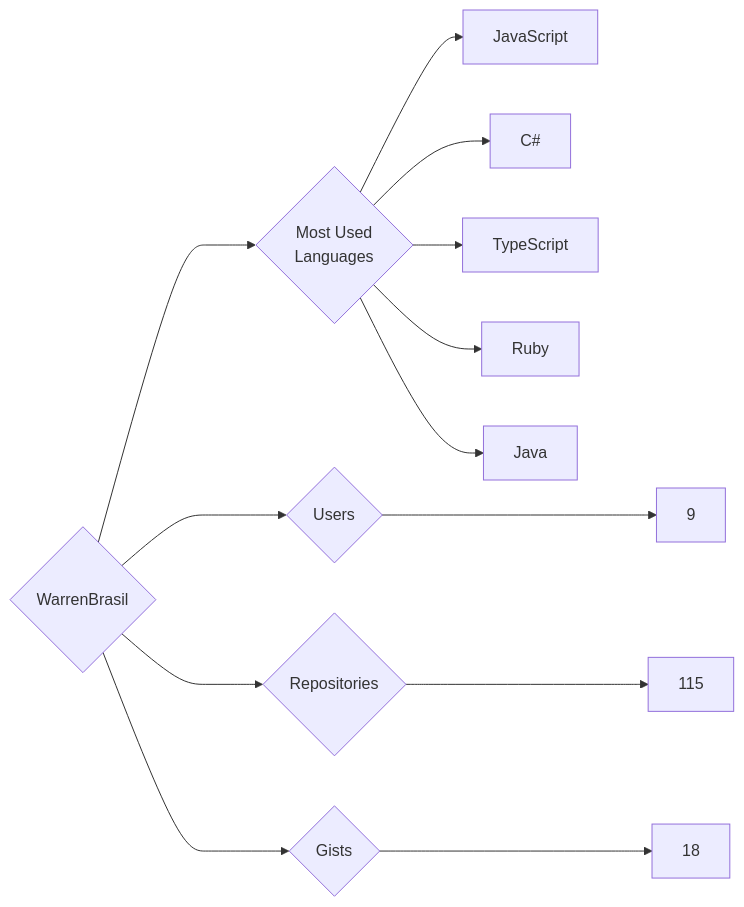
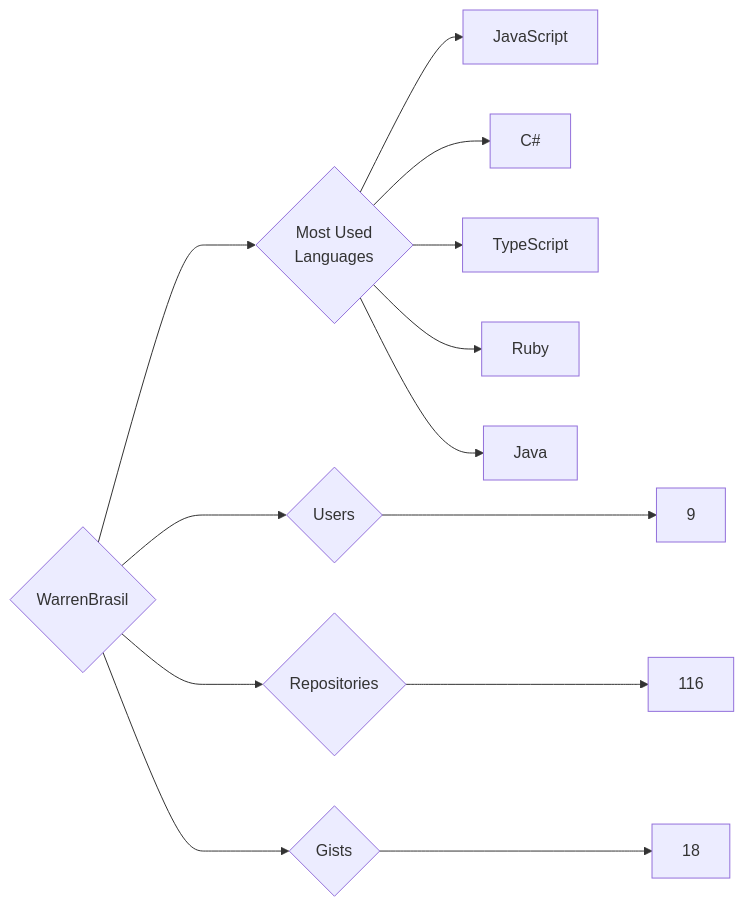
Before and after one commit to trickest/insiders: the diagram in targets/WarrenBrasil/README.md, drawn with Mermaid. The commit also changed 976 other files, not shown here.

````diff
--- a/targets/WarrenBrasil/README.md
+++ b/targets/WarrenBrasil/README.md
@@ -3,13 +3,13 @@
 ```mermaid
 graph LR
 COMPANY_NAME{WarrenBrasil}
 COMPANY_NAME ---> U{Users} ---> UN[9]
-COMPANY_NAME ---> R{Repositories} ---> RN[115]
+COMPANY_NAME ---> R{Repositories} ---> RN[116]
 COMPANY_NAME ---> G{Gists} ---> GN[18]
 COMPANY_NAME ---> ML{Most Used<br>Languages}
 ML --> JavaScript[JavaScript]
 ML --> C#[C#]
 ML --> TypeScript[TypeScript]
 ML --> Ruby[Ruby]
 ML --> Java[Java]
 ```
````
